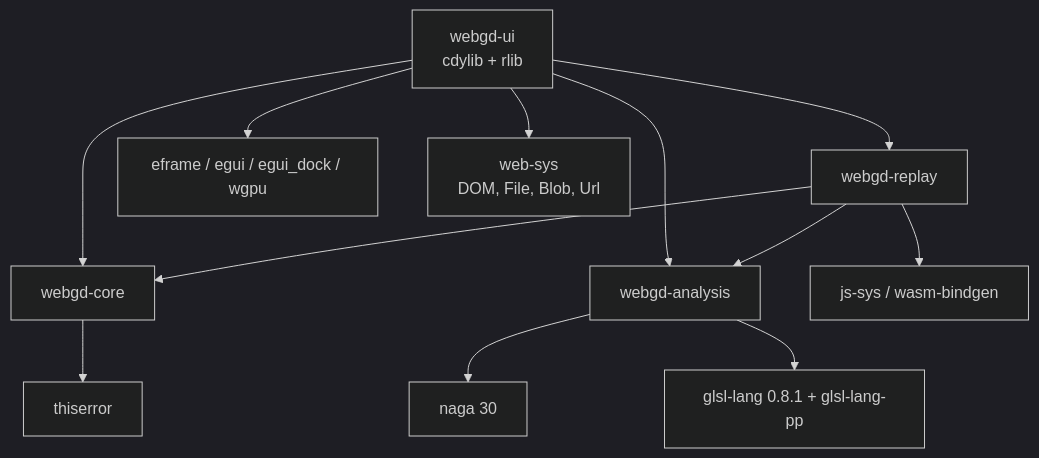
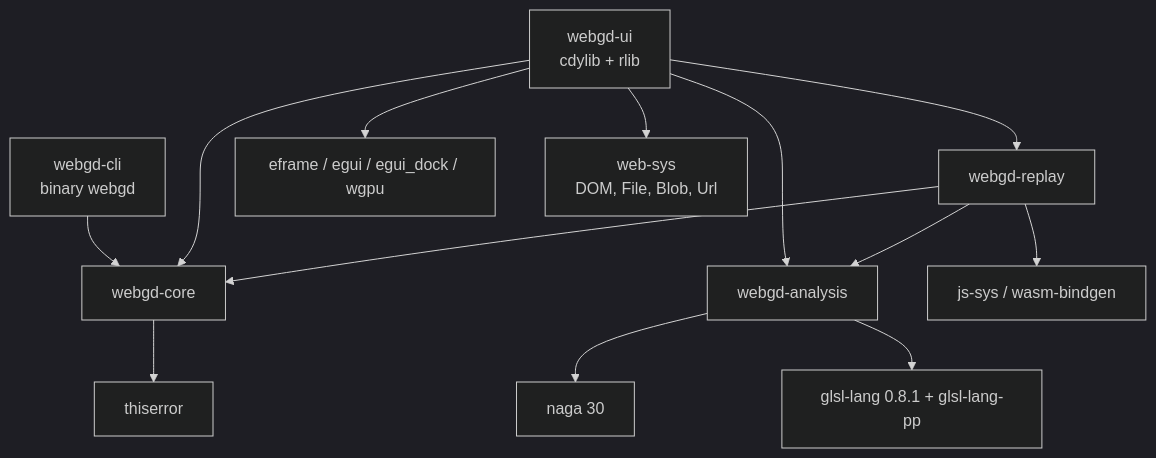
The first of 2 diagrams in docs/architecture.md (Snowapril/webgd), drawn with Mermaid (dark theme) before and after one commit. The commit also changed other lines of this file and 15 other files, not shown here.

````diff
--- a/docs/architecture.md
+++ b/docs/architecture.md
@@ -31,14 +32,15 @@
 ```mermaid
 flowchart TD
   ui[webgd-ui<br/>cdylib + rlib] --> replay[webgd-replay]
+  cli[webgd-cli<br/>binary webgd] --> core
   ui --> core[webgd-core]
   ui --> analysis[webgd-analysis]
   ui --> eframe[eframe / egui / egui_dock / wgpu]
   ui --> websys[web-sys<br/>DOM, File, Blob, Url]
   replay --> core
   replay --> analysis
   replay --> jssys[js-sys / wasm-bindgen]
   analysis --> naga[naga 30]
   analysis --> glsl[glsl-lang 0.8.1 + glsl-lang-pp]
   core --> thiserror[thiserror]
 ```
````
